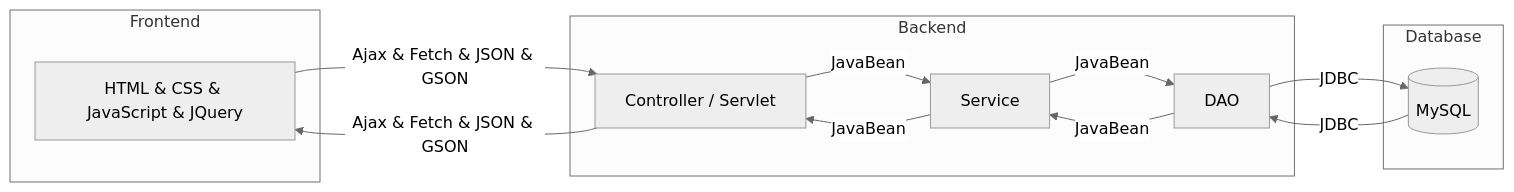
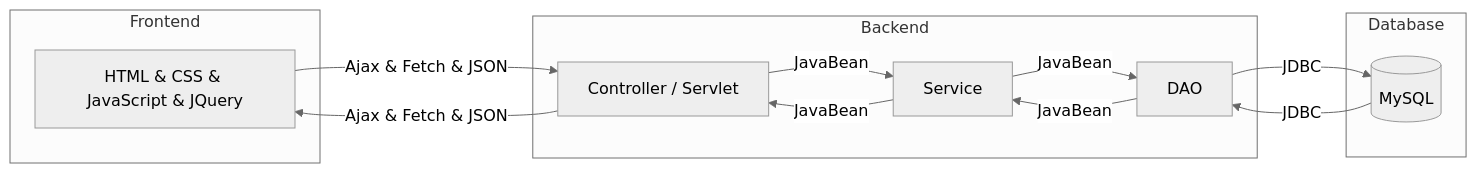
The first of 5 diagrams in README.md (TLexYuW/CGA103G1OwnPart), drawn with Mermaid (neutral theme) before and after one commit. The commit also changed other lines of this file, not shown here.

````diff
--- a/README.md
+++ b/README.md
@@ -18,26 +18,26 @@
 ```mermaid
 flowchart LR
 	W[HTML & CSS & JavaScript & JQuery]
 	Svl[Controller / Servlet]
 	S[Service]
 	M[DAO]
 	DB[(MySQL)]
 	
 	subgraph Database
 		DB
 	end
 	
 	subgraph Backend
 		Svl
 		S
 		M
 	end
 	
 	subgraph Frontend
 		W
 	end
 	
-	W -->|Ajax & Fetch & JSON & GSON| Svl -->|JavaBean| S -->|JavaBean| M -->|JDBC| DB
+	W -->|Ajax & Fetch & JSON| Svl -->|JavaBean| S -->|JavaBean| M -->|JDBC| DB
 	
-	DB -->|JDBC| M -->|JavaBean| S -->|JavaBean| Svl -->|Ajax & Fetch & JSON & GSON| W
+	DB -->|JDBC| M -->|JavaBean| S -->|JavaBean| Svl -->|Ajax & Fetch & JSON| W
 ```
````
